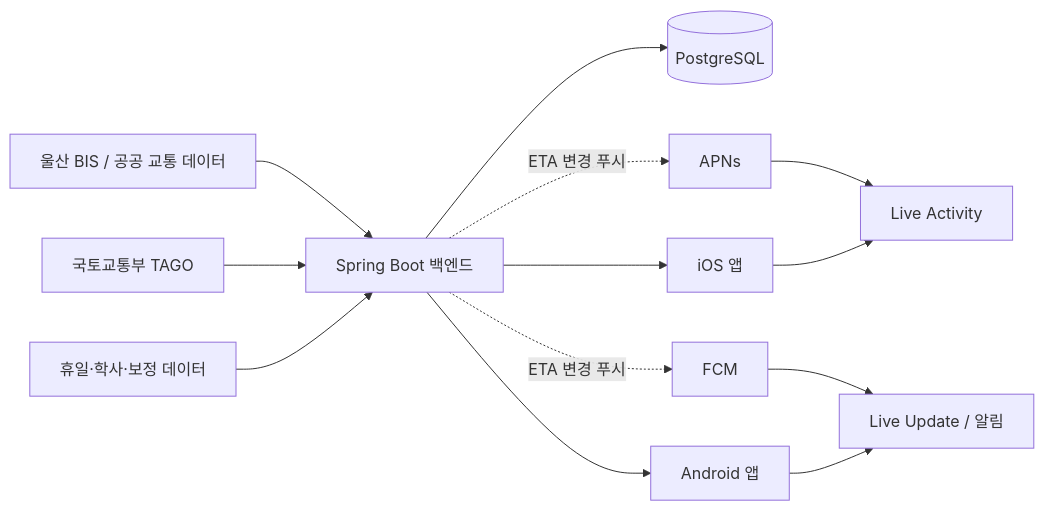
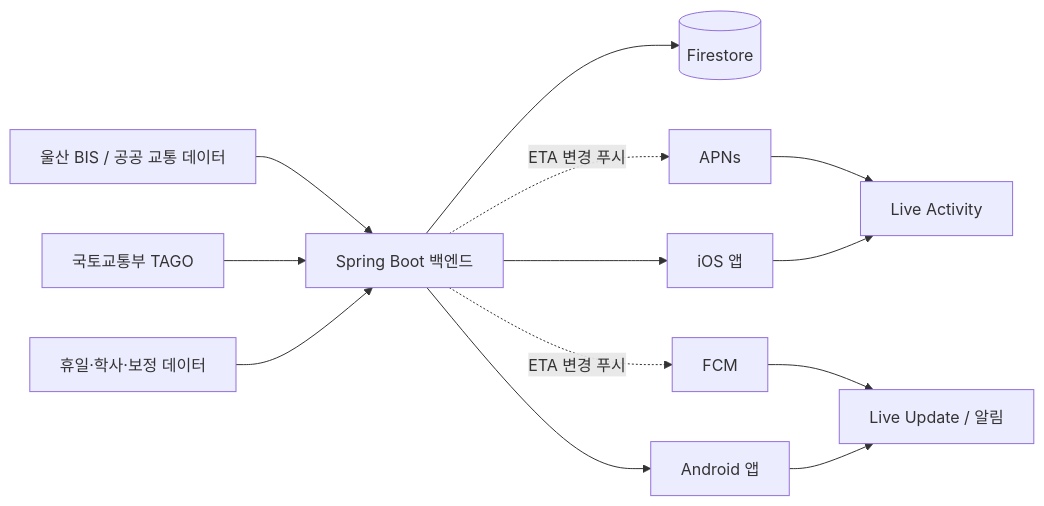
Before and after one commit to mindw96/Bus: the diagram in UNIST_BUS_CODEX_HANDOFF.md, drawn with Mermaid. The commit also changed other lines of this file and 89 other files, not shown here.

````diff
--- a/UNIST_BUS_CODEX_HANDOFF.md
+++ b/UNIST_BUS_CODEX_HANDOFF.md
@@ -60,15 +60,15 @@
 ```mermaid
 flowchart LR
     BIS[울산 BIS / 공공 교통 데이터] --> BE[Spring Boot 백엔드]
     TAGO[국토교통부 TAGO] --> BE
     CAL[휴일·학사·보정 데이터] --> BE
-    BE --> PG[(PostgreSQL)]
+    BE --> FS[(Firestore)]
     BE --> IOS[iOS 앱]
     BE --> AND[Android 앱]
     BE -. ETA 변경 푸시 .-> APNS[APNs]
     BE -. ETA 변경 푸시 .-> FCM[FCM]
     APNS --> LIVE[Live Activity]
     FCM --> LN[Live Update / 알림]
     IOS --> LIVE
     AND --> LN
 ```
````
